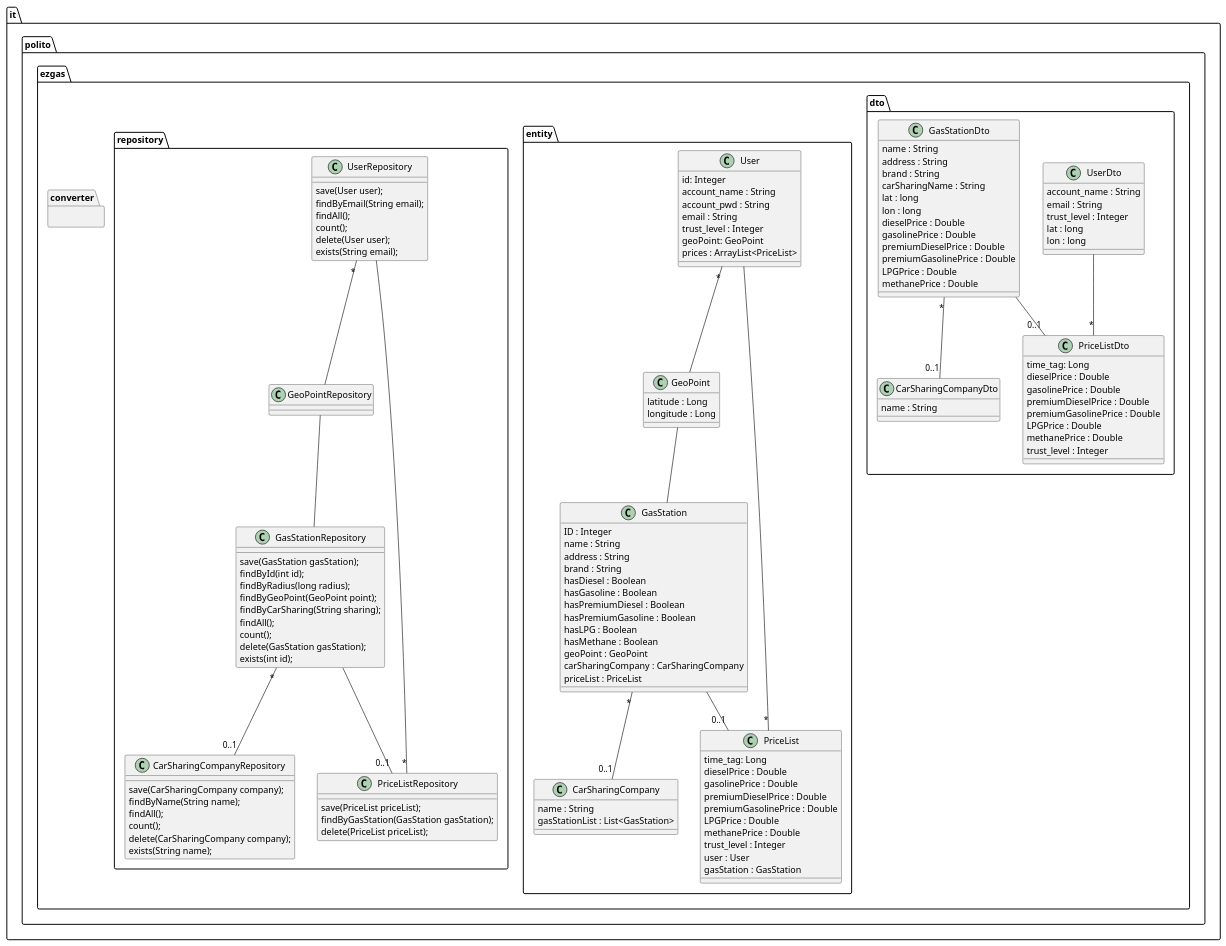
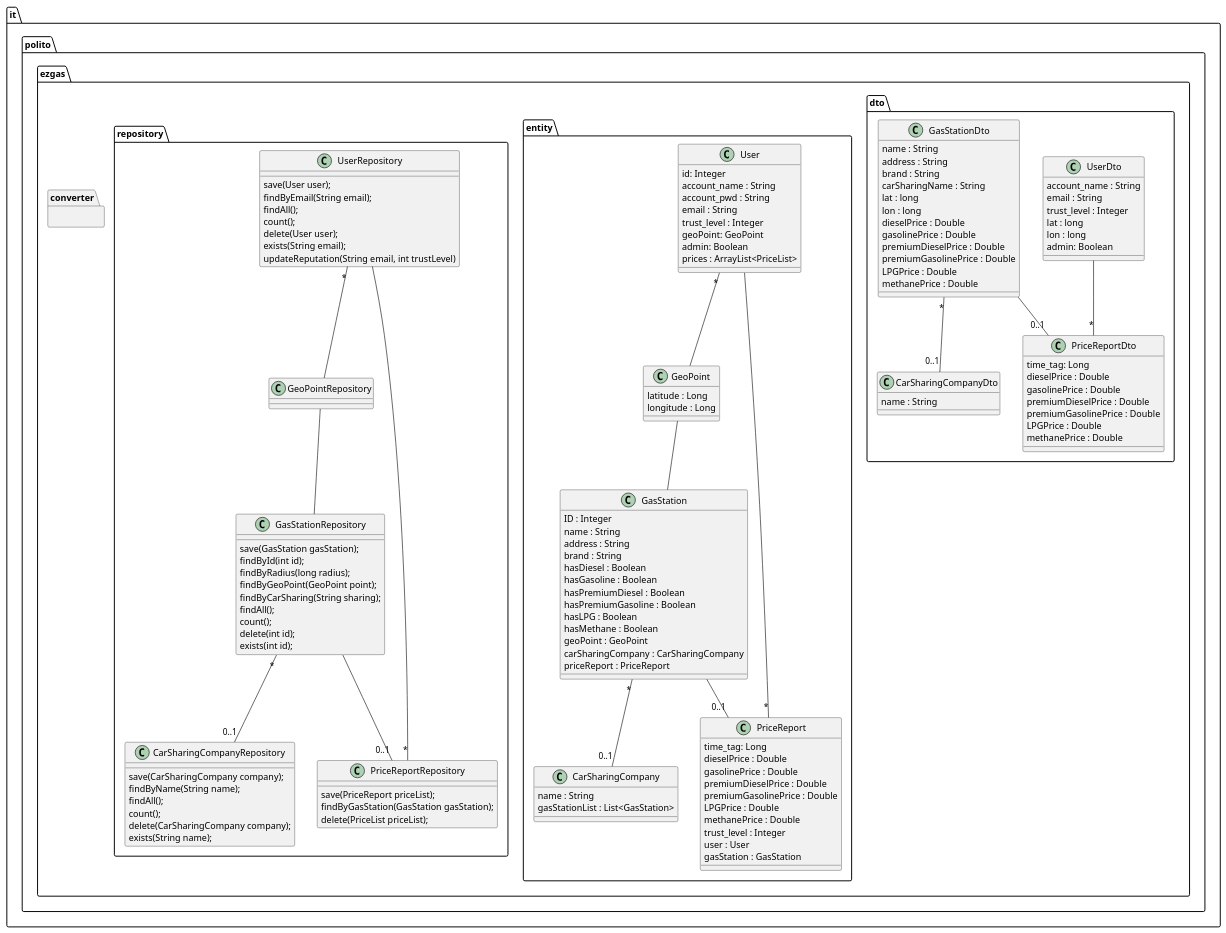
The fourth of 8 diagrams in docs/DesignDocument.md (peppep97/se1), drawn with PlantUML before and after one commit. The commit also changed other lines of this file, not shown here.

````diff
--- a/docs/DesignDocument.md
+++ b/docs/DesignDocument.md
@@ -232,7 +225,5 @@
 ```plantuml
 @startuml
-
-
 
 package "it.polito.ezgas.converter" {
 
@@ -246,6 +237,7 @@
  trust_level : Integer
  lat : long
  lon : long
+ admin: Boolean
 }
 
 class GasStationDto {
@@ -266,7 +258,7 @@
 class CarSharingCompanyDto {
  name : String
 }
-class PriceListDto {
+class PriceReportDto {
  time_tag: Long
  dieselPrice : Double
  gasolinePrice : Double
@@ -274,24 +266,24 @@
  premiumGasolinePrice : Double
  LPGPrice : Double
  methanePrice : Double
- trust_level : Integer
 }
 
 GasStationDto "*" -- "0..1" CarSharingCompanyDto
-GasStationDto  -- "0..1" PriceListDto
-UserDto -- "*" PriceListDto
+GasStationDto  -- "0..1" PriceReportDto
+UserDto -- "*" PriceReportDto
 
 }
 
 package "it.polito.ezgas.entity" {
 
 class User {
-    id: Integer
+ id: Integer
  account_name : String
  account_pwd : String
  email : String
  trust_level : Integer
  geoPoint: GeoPoint
+ admin: Boolean
  prices : ArrayList<PriceList>
 }
 
@@ -308,7 +300,7 @@
  hasMethane : Boolean
  geoPoint : GeoPoint
  carSharingCompany : CarSharingCompany
- priceList : PriceList
+ priceReport : PriceReport
 }
 class GeoPoint {
  latitude : Long
@@ -318,7 +310,7 @@
  name : String
  gasStationList : List<GasStation>
 }
-class PriceList {
+class PriceReport {
  time_tag: Long
  dieselPrice : Double
  gasolinePrice : Double
@@ -332,8 +324,8 @@
 }
 
 GasStation "*" -- "0..1" CarSharingCompany
-GasStation  -- "0..1" PriceList
-User -- "*" PriceList
+GasStation  -- "0..1" PriceReport
+User -- "*" PriceReport
 User "*" -- GeoPoint
 GeoPoint -- GasStation
 
@@ -347,6 +339,7 @@
     count();
     delete(User user);
     exists(String email);
+    updateReputation(String email, int trustLevel)
 }
 
 class GasStationRepository {
@@ -357,7 +350,7 @@
     findByCarSharing(String sharing);
     findAll();
     count();
-    delete(GasStation gasStation);
+    delete(int id);
     exists(int id);
 }
 class GeoPointRepository {
@@ -370,15 +363,15 @@
     delete(CarSharingCompany company);
     exists(String name);
 }
-class PriceListRepository {
-save(PriceList priceList);
+class PriceReportRepository {
+ save(PriceReport priceList);
  findByGasStation(GasStation gasStation);
  delete(PriceList priceList);
 }
 
 GasStationRepository "*" -- "0..1" CarSharingCompanyRepository
-GasStationRepository  -- "0..1" PriceListRepository
-UserRepository -- "*" PriceListRepository
+GasStationRepository  -- "0..1" PriceReportRepository
+UserRepository -- "*" PriceReportRepository
 UserRepository "*" -- GeoPointRepository
 GeoPointRepository -- GasStationRepository
 }
````
